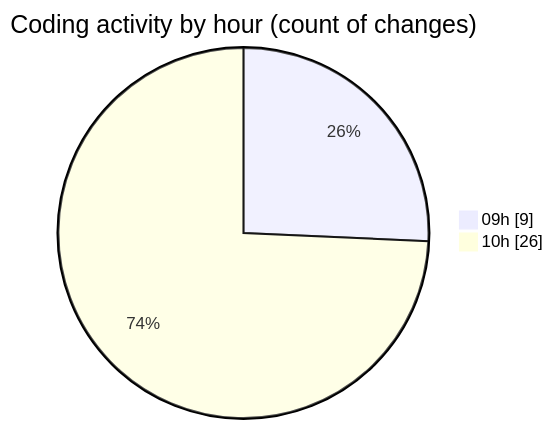
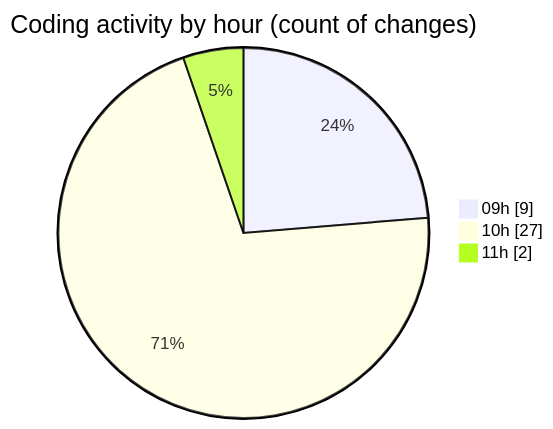
The second of 2 diagrams in 2025-05-08/react/README.md (BS-eng2023/code-tracking), drawn with Mermaid before and after one commit. The commit also changed other lines of this file and 1 other file, not shown here.

````diff
--- a/2025-05-08/react/README.md
+++ b/2025-05-08/react/README.md
@@ -40,6 +40,7 @@
 ```mermaid
 pie showData
 title Coding activity by hour (count of changes)
 "09h" : 9
-"10h" : 26
+"10h" : 27
+"11h" : 2
 ```
````
